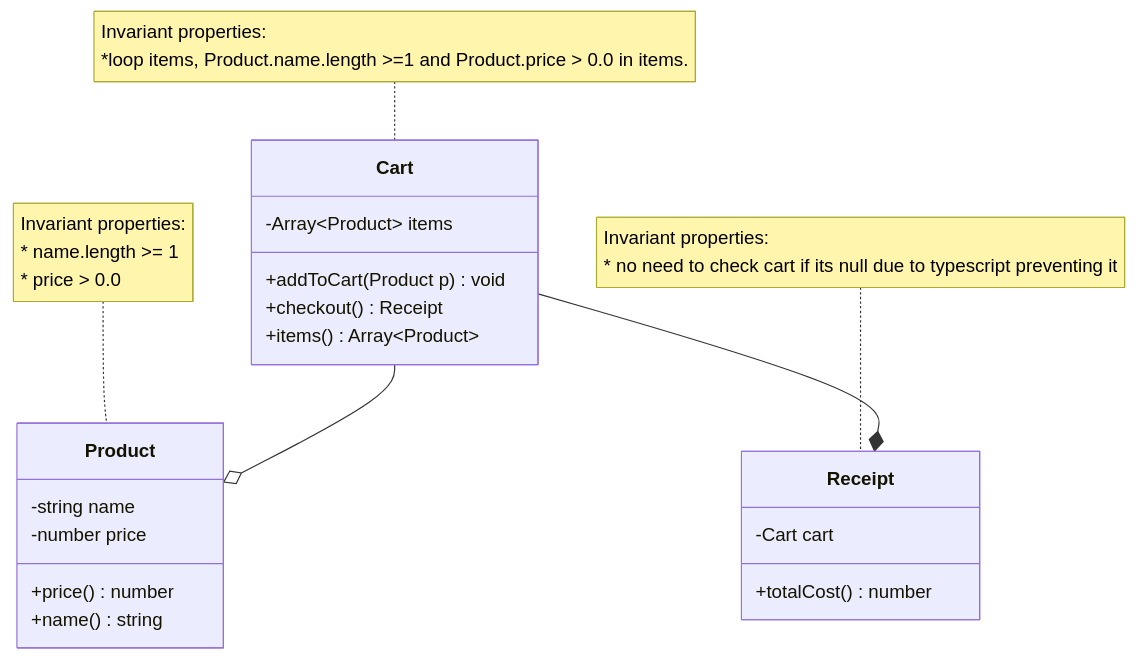
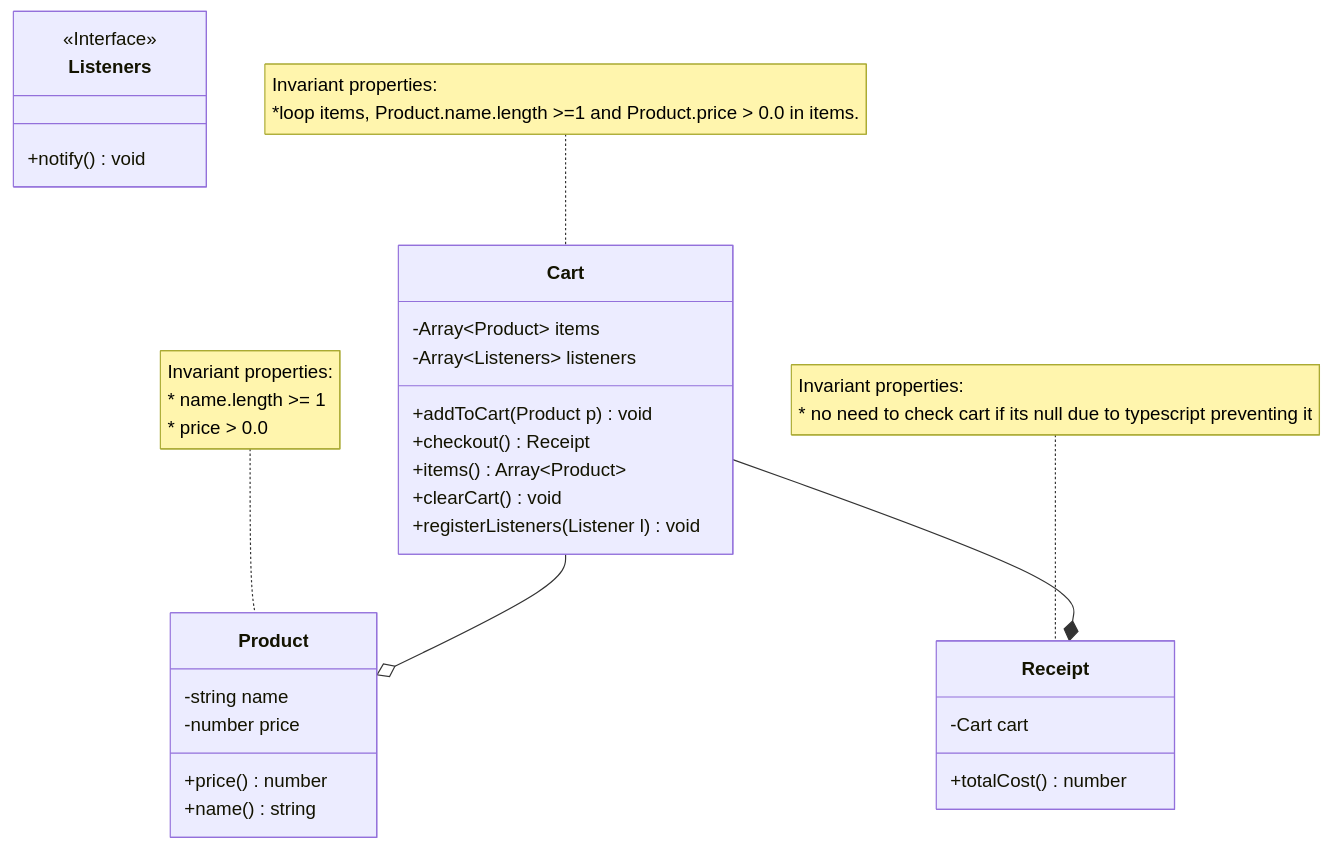
Before and after one commit to andre4352323/2452-pos: the diagram in domain.md, drawn with Mermaid. The commit also changed 2 other files, not shown here.

Commit message:
completed phase 1 and submitted

```diff
--- a/domain.md
+++ b/domain.md
@@ -9,46 +9,52 @@
 :::mermaid
 
     classDiagram
 
         class Product{
             
             -string name
             -number price
-
+    
             +price() number
-            +name() string
-            
-    
+            +name() string    
         }
 
         note for Product "Invariant properties:
         * name.length >= 1
         * price > 0.0"
 
     
         class Receipt {
             -Cart cart
 
             +totalCost() number
             
         }
 
         note for Receipt"Invariant properties:
         * no need to check cart if its null due to typescript preventing it"
 
         class Cart {
             -Array~Product~ items
+            -Array~Listeners~ listeners
 
             +addToCart(Product p) void
             +checkout() Receipt
             +items() Array~Product~
-        
+            +clearCart() void
+            +registerListeners(Listener l) void
         }
 
         note for Cart "Invariant properties:
         *loop items, Product.name.length >=1 and Product.price > 0.0 in items."
 
         Cart --o Product
         Cart --* Receipt
 
+        class Listeners{
+            <<Interface>>
+
+            +notify() void
+        }
+
 :::
```
